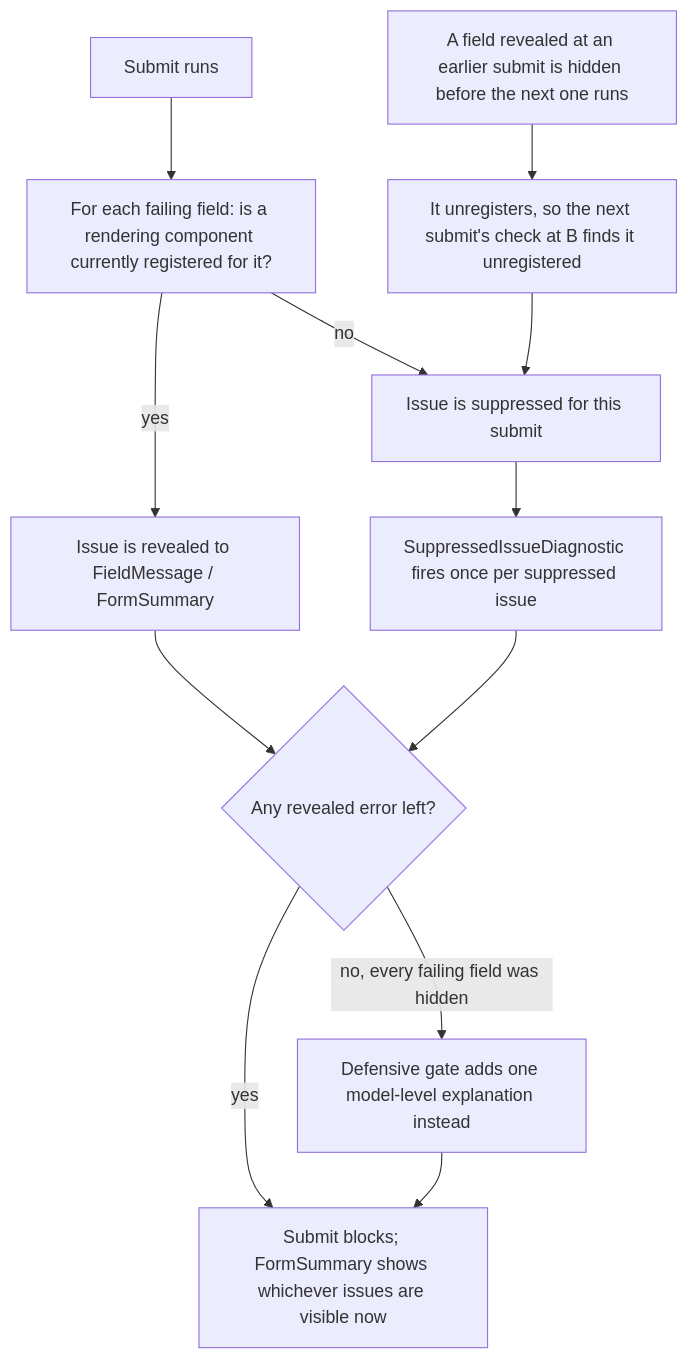
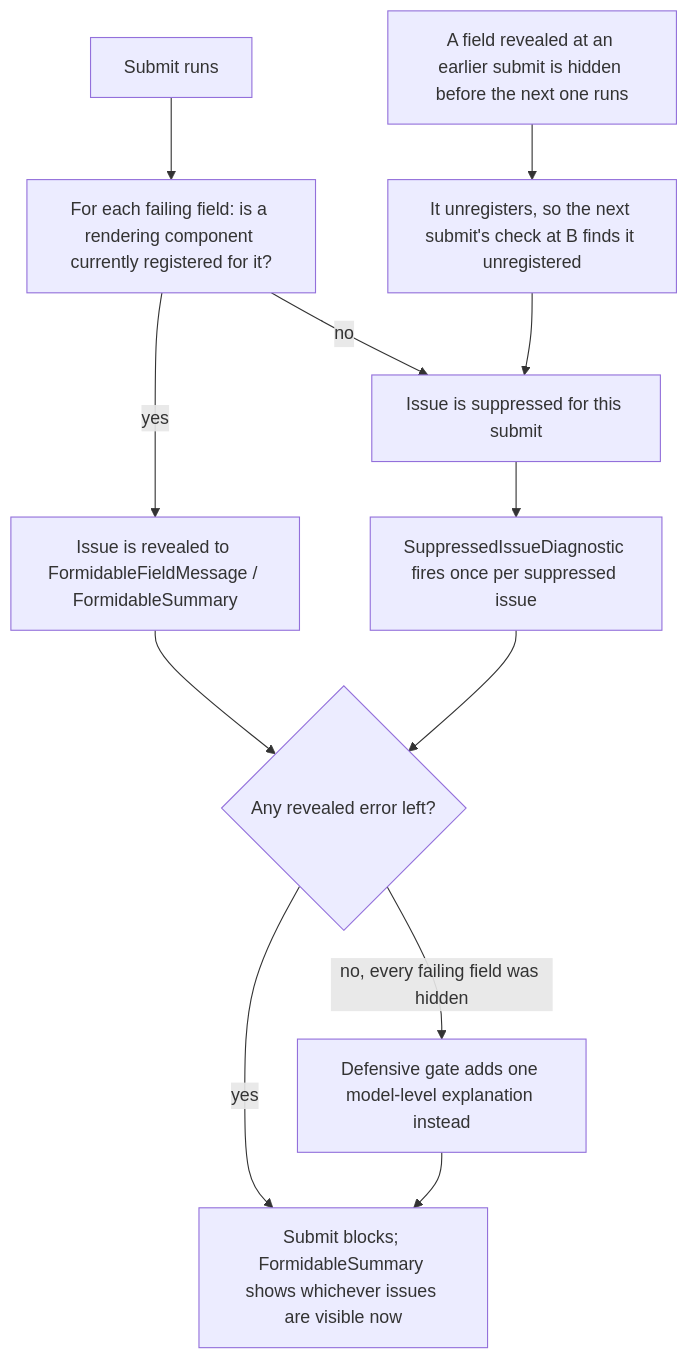
Before and after one commit to xfunc-pty-ltd/formidable: the diagram in docs/disclosure.md, drawn with Mermaid. The commit also changed other lines of this file and 85 other files, not shown here.

````diff
--- a/docs/disclosure.md
+++ b/docs/disclosure.md
@@ -61,16 +71,16 @@
 ```mermaid
 flowchart TD
     A["Submit runs"] --> B["For each failing field: is a rendering component currently registered for it?"]
-    B -- "yes" --> C["Issue is revealed to FieldMessage / FormSummary"]
+    B -- "yes" --> C["Issue is revealed to FormidableFieldMessage / FormidableSummary"]
     B -- "no" --> D["Issue is suppressed for this submit"]
     D --> E["SuppressedIssueDiagnostic fires once per suppressed issue"]
 
     C --> F{"Any revealed error left?"}
     E --> F
-    F -- "yes" --> G["Submit blocks; FormSummary shows whichever issues are visible now"]
+    F -- "yes" --> G["Submit blocks; FormidableSummary shows whichever issues are visible now"]
     F -- "no, every failing field was hidden" --> H["Defensive gate adds one model-level explanation instead"]
     H --> G
 
     I["A field revealed at an earlier submit is hidden before the next one runs"] --> J["It unregisters, so the next submit's check at B finds it unregistered"]
     J --> D
 ```
````
